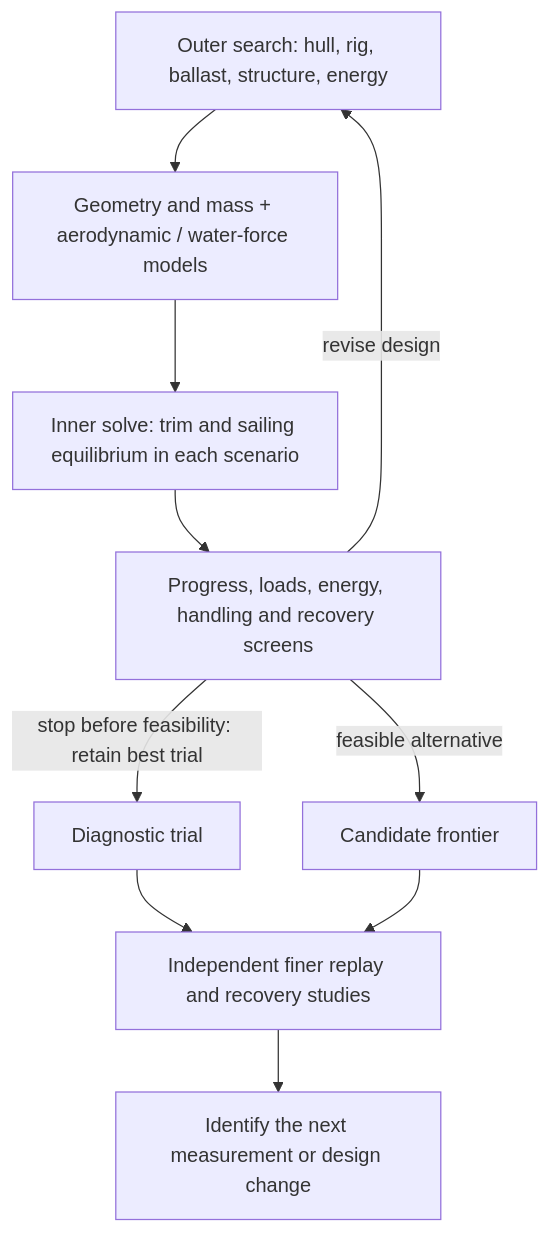
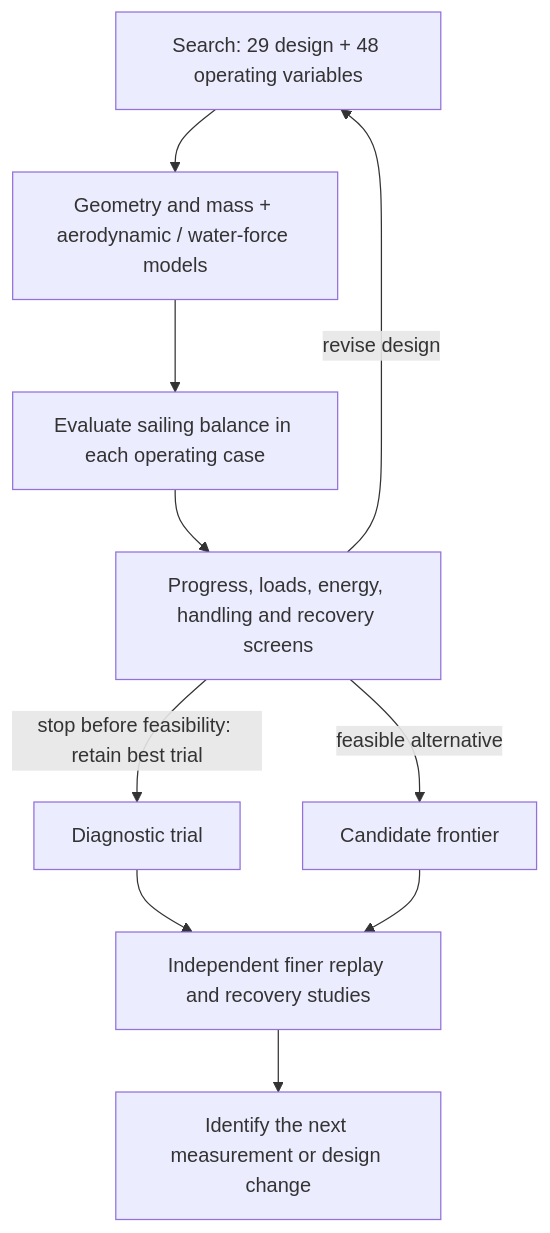
One commit to DavidIngraham/sv-blue-dog changed the diagram in docs/sizing.md. Above: the diagram before and after it, drawn with Mermaid. The commit also changed other lines of this file and 63 other files, not shown here.

````diff
--- a/docs/sizing.md
+++ b/docs/sizing.md
@@ -15,14 +15,14 @@
 ```mermaid
 flowchart TB
     accTitle: How the sizing study makes a candidate
-    accDescr: The outer search changes the design. For each design, geometry and mass feed an inner operating solve. Constraint failures send the outer search back to a revised design. Independent replay and recovery challenge the selected trial.
-    design["Outer search: hull, rig, ballast, structure, energy"] --> physics["Geometry and mass + aerodynamic / water-force models"]
-    physics --> operating["Inner solve: trim and sailing equilibrium in each scenario"]
+    accDescr: The search changes design and operating variables together. Geometry, mass and forces determine equilibrium and constraint margins. Independent finer replay holds geometry fixed and challenges the retained candidate.
+    design["Search: 29 design + 48 operating variables"] --> physics["Geometry and mass + aerodynamic / water-force models"]
+    physics --> operating["Evaluate sailing balance in each operating case"]
     operating --> screens["Progress, loads, energy, handling and recovery screens"]
     screens -->|revise design| design
     screens -->|feasible alternative| trial["Candidate frontier"]
     screens -->|stop before feasibility: retain best trial| diagnosis["Diagnostic trial"]
     diagnosis --> replay
     trial --> replay["Independent finer replay and recovery studies"]
     replay --> experiment["Identify the next measurement or design change"]
 ```
````
